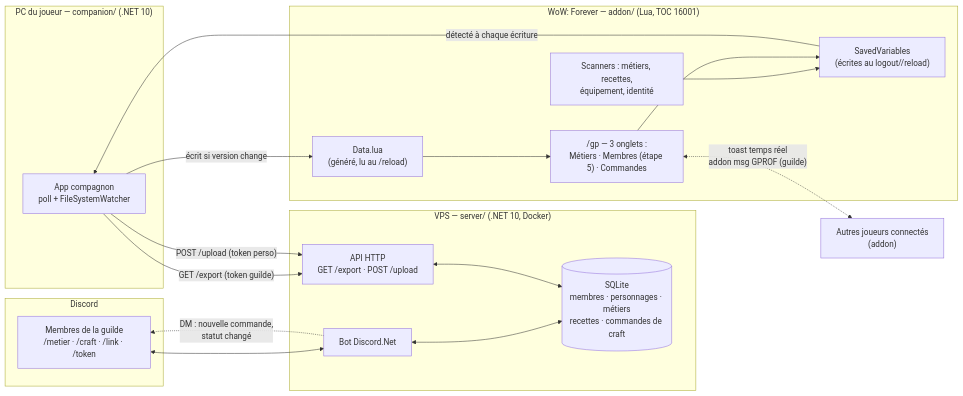
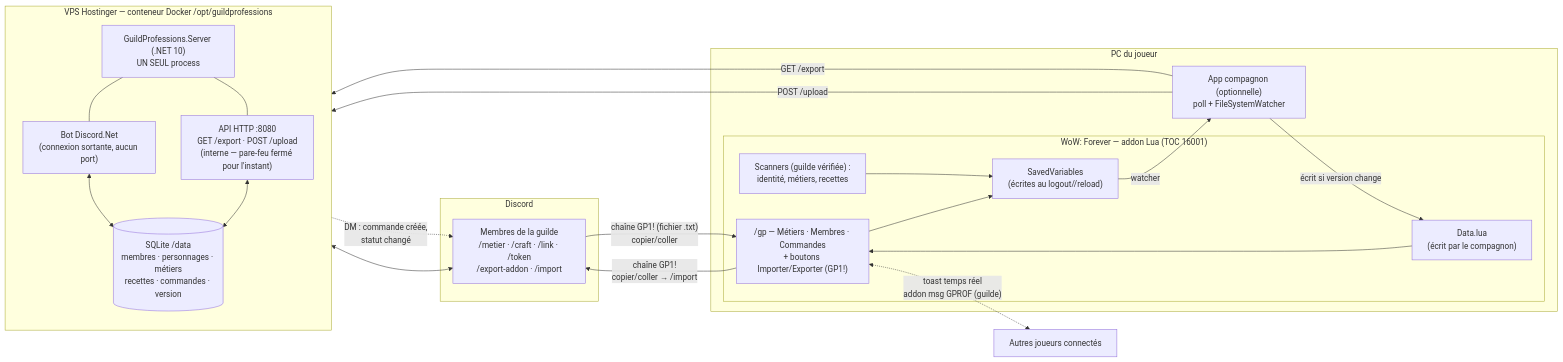
The diagram in docs/architecture.mmd (AntoineRenoux/GuildProfessions), drawn with Mermaid before and after one commit. The commit also changed 10 other files, not shown here.

First line of the commit message:
feat(companion): distribution zéro-config pour les guildeux

```diff
--- a/docs/architecture.mmd
+++ b/docs/architecture.mmd
@@ -1,36 +1,44 @@
 flowchart LR
     subgraph DISCORD["Discord"]
-        U["Membres de la guilde<br/>/metier · /craft · /link · /token"]
+        U["Membres de la guilde<br/>/metier · /craft · /link · /token<br/>/export-addon · /import"]
     end
 
-    subgraph VPS["VPS — server/ (.NET 10, Docker)"]
-        BOT["Bot Discord.Net"]
-        API["API HTTP<br/>GET /export · POST /upload"]
-        DB[("SQLite<br/>membres · personnages · métiers<br/>recettes · commandes de craft")]
+    subgraph VPS["VPS Hostinger — conteneur Docker /opt/guildprofessions"]
+        direction TB
+        PROC["GuildProfessions.Server (.NET 10)<br/>UN SEUL process"]
+        BOT["Bot Discord.Net<br/>(connexion sortante, aucun port)"]
+        API["API HTTP :8080<br/>GET /export · POST /upload<br/>(interne — pare-feu fermé pour l'instant)"]
+        DB[("SQLite /data<br/>membres · personnages · métiers<br/>recettes · commandes · version")]
+        PROC --- BOT
+        PROC --- API
         BOT <--> DB
         API <--> DB
     end
 
-    subgraph PC["PC du joueur — companion/ (.NET 10)"]
-        COMP["App compagnon<br/>poll + FileSystemWatcher"]
+    subgraph PC["PC du joueur"]
+        COMP["App compagnon (optionnelle)<br/>poll + FileSystemWatcher"]
+        subgraph WOW["WoW: Forever — addon Lua (TOC 16001)"]
+            DATA["Data.lua<br/>(écrit par le compagnon)"]
+            SV["SavedVariables<br/>(écrites au logout//reload)"]
+            UI2["/gp — Métiers · Membres · Commandes<br/>+ boutons Importer/Exporter (GP1!)"]
+            SCAN["Scanners (guilde vérifiée) :<br/>identité, métiers, recettes"]
+            DATA --> UI2
+            SCAN --> SV
+            UI2 --> SV
+        end
     end
 
-    subgraph WOW["WoW: Forever — addon/ (Lua, TOC 16001)"]
-        DATA["Data.lua<br/>(généré, lu au /reload)"]
-        SV["SavedVariables<br/>(écrites au logout//reload)"]
-        UI2["/gp — 3 onglets :<br/>Métiers · Membres (étape 5) · Commandes"]
-        SCAN["Scanners : métiers, recettes,<br/>équipement, identité"]
-        DATA --> UI2
-        SCAN --> SV
-        UI2 --> SV
-    end
-
-    AUTRE["Autres joueurs connectés<br/>(addon)"]
+    AUTRE["Autres joueurs connectés"]
 
     U <--> BOT
-    BOT -. "DM : nouvelle commande,<br/>statut changé" .-> U
-    COMP -- "GET /export (token guilde)" --> API
-    COMP -- "POST /upload (token perso)" --> API
+    BOT -. "DM : commande créée,<br/>statut changé" .-> U
+
+    COMP -- "GET /export" --> API
+    COMP -- "POST /upload" --> API
     COMP -- "écrit si version change" --> DATA
-    SV -- "détecté à chaque écriture" --> COMP
+    SV -- "watcher" --> COMP
+
+    U -- "chaîne GP1! (fichier .txt)<br/>copier/coller" --> UI2
+    UI2 -- "chaîne GP1!<br/>copier/coller → /import" --> U
+
     UI2 <-. "toast temps réel<br/>addon msg GPROF (guilde)" .-> AUTRE
```
